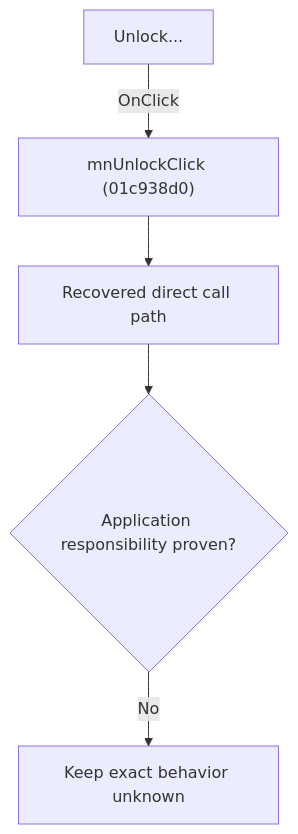
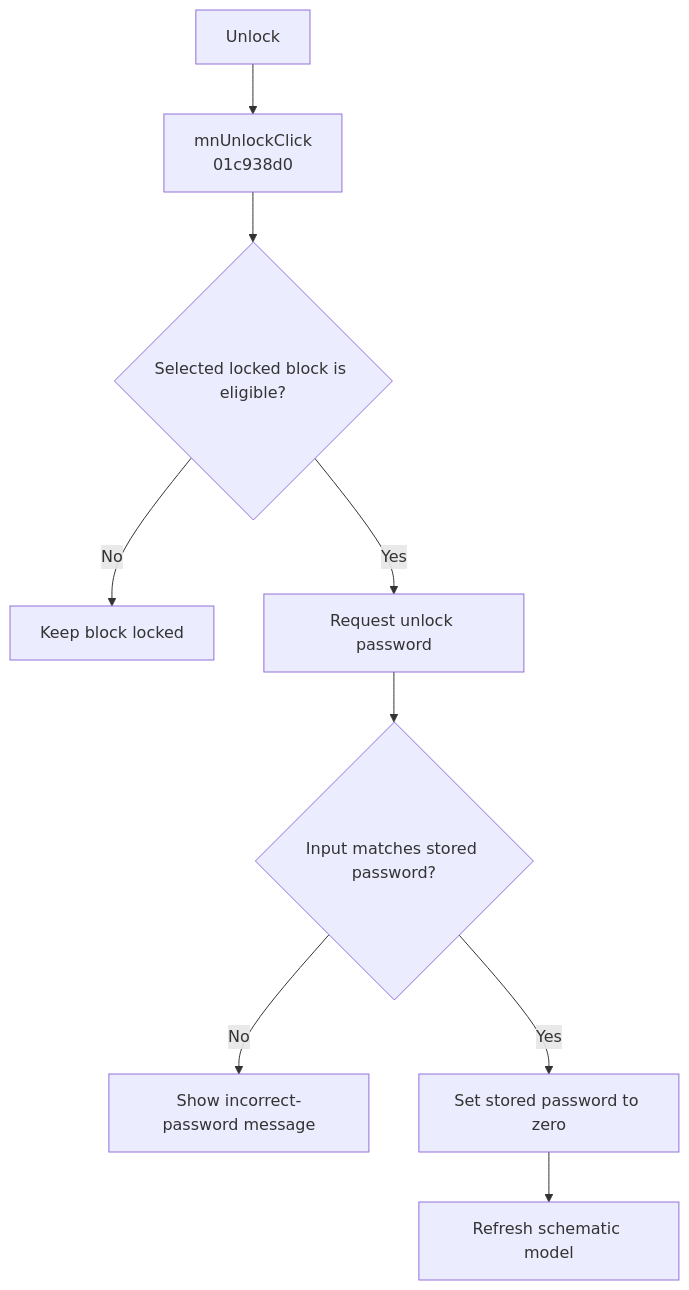
Before and after one commit to MovGP0/TIARA: the diagram in docs/ui-controls/schematiceditor/mnunlock-7c62b8619f.md, drawn with Mermaid. The commit also changed other lines of this file and 241 other files, not shown here.

````diff
--- a/docs/ui-controls/schematiceditor/mnunlock-7c62b8619f.md
+++ b/docs/ui-controls/schematiceditor/mnunlock-7c62b8619f.md
@@ -27,7 +27,11 @@
 ```mermaid
 flowchart TD
-    control["Unlock..."] -->|"OnClick"| handler["mnUnlockClick (01c938d0)"]
-    handler --> recovered["Recovered direct call path"]
-    recovered --> gap{"Application responsibility proven?"}
-    gap -->|"No"| blocked["Keep exact behavior unknown"]
+    control["Unlock"] --> handler["mnUnlockClick<br/>01c938d0"]
+    handler --> eligible{"Selected locked block is eligible?"}
+    eligible -->|"No"| noOp["Keep block locked"]
+    eligible -->|"Yes"| input["Request unlock password"]
+    input --> match{"Input matches stored password?"}
+    match -->|"No"| error["Show incorrect-password message"]
+    match -->|"Yes"| clear["Set stored password to zero"]
+    clear --> refresh["Refresh schematic model"]
 ```
````
